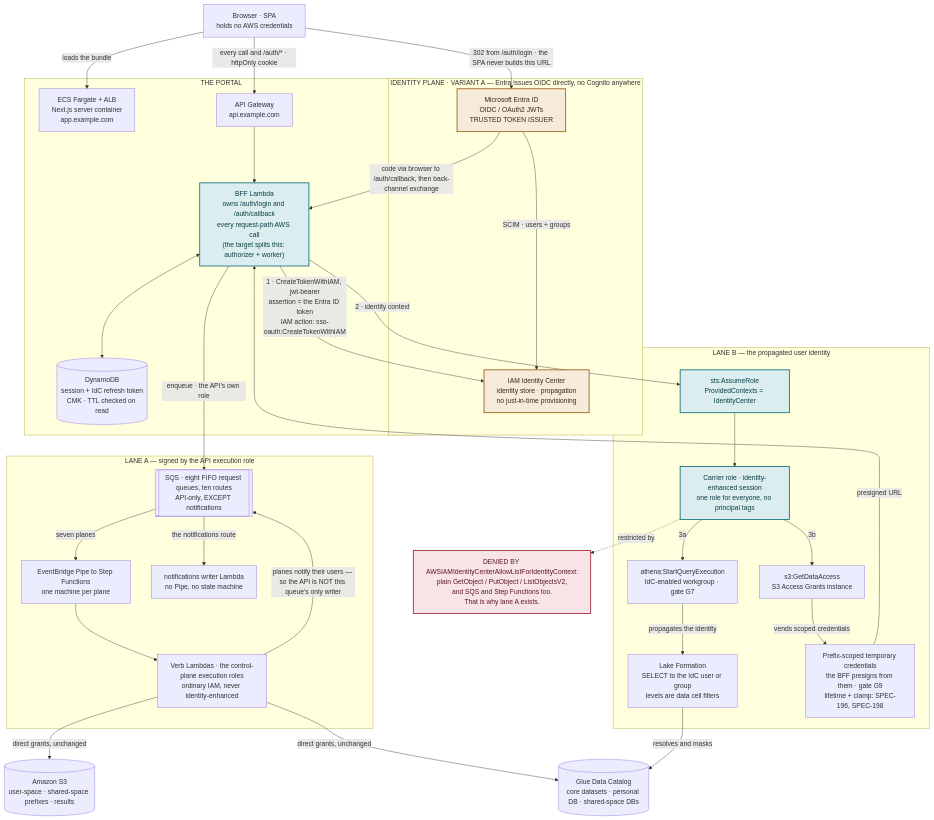
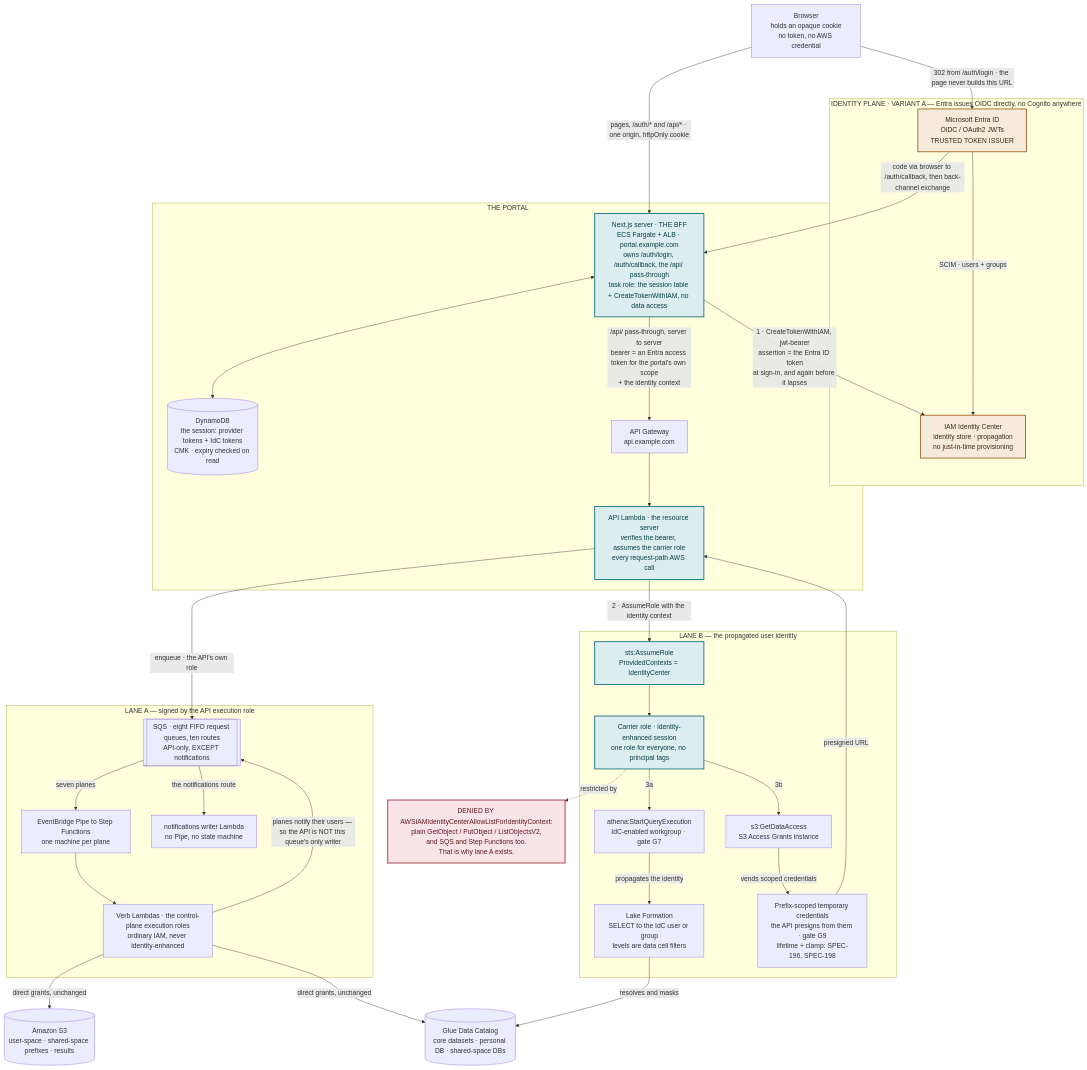
One commit to agriffi10/data-analysis-prototype changed the first of 3 diagrams in docs/target-architecture-variants.md. Above: the diagram before and after it, drawn with Mermaid. The commit also changed other lines of this file and 1 other file, not shown here.

First line of the commit message:
The transition plan settles the end state around the Next.js server, with no BFF Lambda

````diff
--- a/docs/target-architecture-variants.md
+++ b/docs/target-architecture-variants.md
@@ -87,65 +88,65 @@
 ```mermaid
 flowchart TB
-  BR["Browser · SPA<br/>holds no AWS credentials"]
+  BR["Browser<br/>holds an opaque cookie<br/>no token, no AWS credential"]
 
   subgraph IDPLANE["IDENTITY PLANE · VARIANT A — Entra issues OIDC directly, no Cognito anywhere"]
     ENTRA["Microsoft Entra ID<br/>OIDC / OAuth2 JWTs<br/>TRUSTED TOKEN ISSUER"]
     IDC["IAM Identity Center<br/>identity store · propagation<br/>no just-in-time provisioning"]
     ENTRA -->|"SCIM · users + groups"| IDC
   end
 
   subgraph PORTAL["THE PORTAL"]
-    SPA["ECS Fargate + ALB<br/>Next.js server container<br/>app.example.com"]
+    WEB["Next.js server · THE BFF<br/>ECS Fargate + ALB · portal.example.com<br/>owns /auth/login, /auth/callback, the /api/ pass-through<br/>task role: the session table + CreateTokenWithIAM, no data access"]
+    DDB[("DynamoDB<br/>the session: provider tokens + IdC tokens<br/>CMK · expiry checked on read")]
     APIGW["API Gateway<br/>api.example.com"]
-    BFF["BFF Lambda<br/>owns /auth/login and /auth/callback<br/>every request-path AWS call<br/>(the target splits this: authorizer + worker)"]
-    DDB[("DynamoDB<br/>session + IdC refresh token<br/>CMK · TTL checked on read")]
+    API["API Lambda · the resource server<br/>verifies the bearer, assumes the carrier role<br/>every request-path AWS call"]
   end
 
   subgraph LANEA["LANE A — signed by the API execution role"]
     SQS[["SQS · eight FIFO request queues, ten routes<br/>API-only, EXCEPT notifications"]]
     PIPE["EventBridge Pipe to Step Functions<br/>one machine per plane"]
     VERBS["Verb Lambdas · the control-plane execution roles<br/>ordinary IAM, never identity-enhanced"]
     NOTIFW["notifications writer Lambda<br/>no Pipe, no state machine"]
   end
 
   subgraph LANEB["LANE B — the propagated user identity"]
     STS["sts:AssumeRole<br/>ProvidedContexts = IdentityCenter"]
     CARRIER["Carrier role · identity-enhanced session<br/>one role for everyone, no principal tags"]
     ATHENA["athena:StartQueryExecution<br/>IdC-enabled workgroup · gate G7"]
     LF["Lake Formation<br/>SELECT to the IdC user or group<br/>levels are data cell filters"]
     AG["s3:GetDataAccess<br/>S3 Access Grants instance"]
-    CREDS["Prefix-scoped temporary credentials<br/>the BFF presigns from them · gate G9<br/>lifetime + clamp: SPEC-196, SPEC-198"]
+    CREDS["Prefix-scoped temporary credentials<br/>the API presigns from them · gate G9<br/>lifetime + clamp: SPEC-196, SPEC-198"]
   end
 
   DENY["DENIED BY AWSIAMIdentityCenterAllowListForIdentityContext:<br/>plain GetObject / PutObject / ListObjectsV2,<br/>and SQS and Step Functions too.<br/>That is why lane A exists."]
 
   GLUE[("Glue Data Catalog<br/>core datasets · personal DB · shared-space DBs")]
   S3[("Amazon S3<br/>user-space · shared-space prefixes · results")]
 
-  BR -->|"302 from /auth/login · the SPA never builds this URL"| ENTRA
-  ENTRA -->|"code via browser to /auth/callback, then back-channel exchange"| BFF
-  BR -->|"loads the bundle"| SPA
-  BR -->|"every call and /auth/* · httpOnly cookie"| APIGW
-  APIGW --> BFF
-  BFF <--> DDB
-  BFF -->|"1 · CreateTokenWithIAM, jwt-bearer<br/>assertion = the Entra ID token<br/>IAM action: sso-oauth:CreateTokenWithIAM"| IDC
+  BR -->|"302 from /auth/login · the page never builds this URL"| ENTRA
+  ENTRA -->|"code via browser to /auth/callback, then back-channel exchange"| WEB
+  BR -->|"pages, /auth/* and /api/* · one origin, httpOnly cookie"| WEB
+  WEB <--> DDB
+  WEB -->|"1 · CreateTokenWithIAM, jwt-bearer<br/>assertion = the Entra ID token<br/>at sign-in, and again before it lapses"| IDC
+  WEB -->|"/api/ pass-through, server to server<br/>bearer = an Entra access token for the portal's own scope<br/>+ the identity context"| APIGW
+  APIGW --> API
 
-  BFF -->|"enqueue · the API's own role"| SQS
+  API -->|"enqueue · the API's own role"| SQS
   SQS -->|"seven planes"| PIPE --> VERBS
   SQS -->|"the notifications route"| NOTIFW
   VERBS -->|"direct grants, unchanged"| S3
   VERBS -->|"direct grants, unchanged"| GLUE
   VERBS -->|"planes notify their users — so the API is NOT this queue's only writer"| SQS
 
-  BFF -->|"2 · identity context"| STS --> CARRIER
+  API -->|"2 · AssumeRole with the identity context"| STS --> CARRIER
   CARRIER -.->|"restricted by"| DENY
   CARRIER -->|"3a"| ATHENA -->|"propagates the identity"| LF -->|"resolves and masks"| GLUE
-  CARRIER -->|"3b"| AG -->|"vends scoped credentials"| CREDS -->|"presigned URL"| BFF
+  CARRIER -->|"3b"| AG -->|"vends scoped credentials"| CREDS -->|"presigned URL"| API
 
   classDef variant fill:#F6EADA,stroke:#9B5D18,stroke-width:2px,color:#3A2A12
   classDef session fill:#DBEDEF,stroke:#0E6E78,stroke-width:2px,color:#0B3F45
   classDef deny fill:#F8E4E6,stroke:#9E2937,stroke-width:2px,color:#5C1A22
   class ENTRA,IDC variant
-  class BFF,STS,CARRIER session
+  class WEB,API,STS,CARRIER session
   class DENY deny
 ```
````
